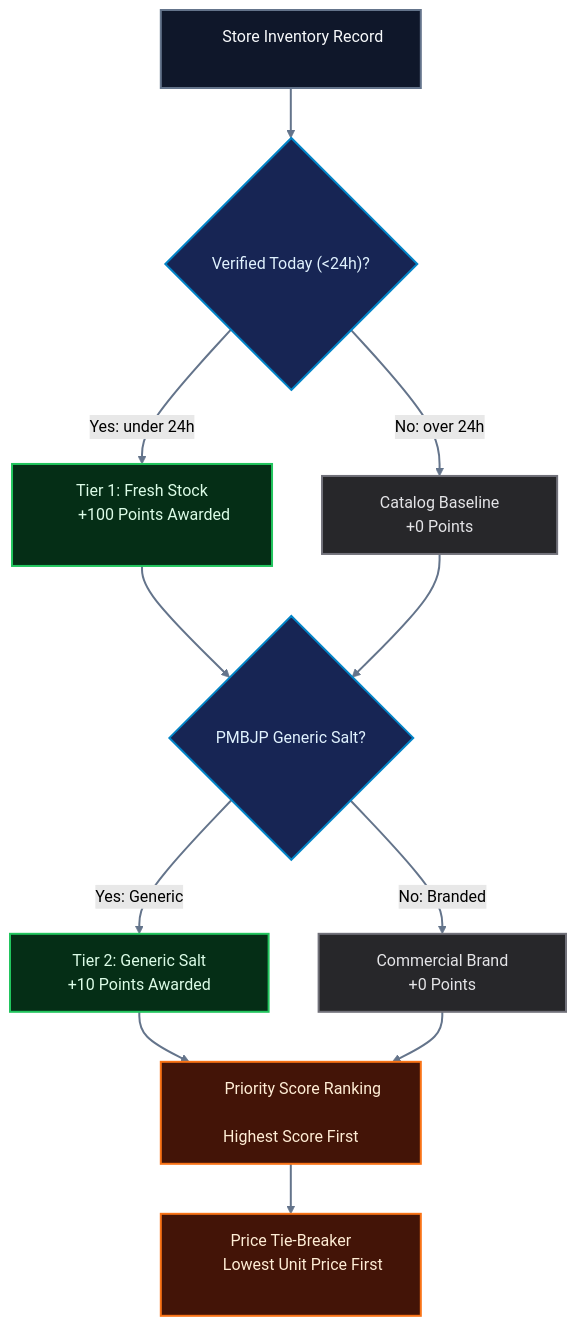
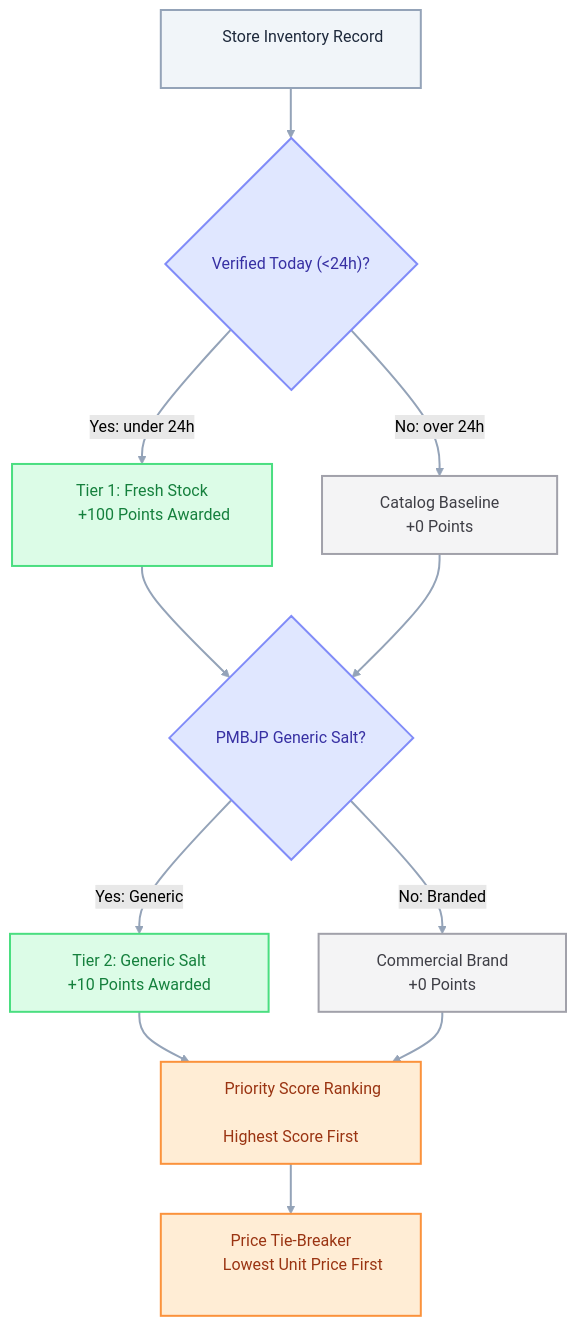
One commit to Parth-Chavan-15/MedSetu-TechSprint changed the fourth of 6 diagrams in README.md. Above: the diagram before and after it, drawn with Mermaid (forest theme). The commit also changed other lines of this file, not shown here.

Commit message:
style: apply soft pastel palettes across all diagrams and wrap large flowcharts in expandable details blocks

````diff
--- a/README.md
+++ b/README.md
@@ -239,29 +246,29 @@
 ```mermaid
 flowchart TD
     START["&nbsp;&nbsp;&nbsp;&nbsp;&nbsp;&nbsp; Store Inventory Record &nbsp;&nbsp;&nbsp;&nbsp;&nbsp;&nbsp;"] --> TIER1{"&nbsp;&nbsp;&nbsp;&nbsp; Verified Today (<24h)? &nbsp;&nbsp;&nbsp;&nbsp;"}
     TIER1 -- Yes: under 24h --> S1["&nbsp;&nbsp;&nbsp;&nbsp;&nbsp;&nbsp; Tier 1: Fresh Stock &nbsp;&nbsp;&nbsp;&nbsp;&nbsp;&nbsp;<br/>&nbsp;&nbsp;&nbsp;&nbsp;&nbsp;&nbsp; +100 Points Awarded &nbsp;&nbsp;&nbsp;&nbsp;&nbsp;&nbsp;"]
     TIER1 -- No: over 24h --> S0["&nbsp;&nbsp;&nbsp;&nbsp;&nbsp;&nbsp; Catalog Baseline &nbsp;&nbsp;&nbsp;&nbsp;&nbsp;&nbsp;<br/>&nbsp;&nbsp;&nbsp;&nbsp;&nbsp;&nbsp; +0 Points &nbsp;&nbsp;&nbsp;&nbsp;&nbsp;&nbsp;"]
 
     S1 --> TIER2{"&nbsp;&nbsp;&nbsp;&nbsp; PMBJP Generic Salt? &nbsp;&nbsp;&nbsp;&nbsp;"}
     S0 --> TIER2
     TIER2 -- Yes: Generic --> G1["&nbsp;&nbsp;&nbsp;&nbsp;&nbsp;&nbsp; Tier 2: Generic Salt &nbsp;&nbsp;&nbsp;&nbsp;&nbsp;&nbsp;<br/>&nbsp;&nbsp;&nbsp;&nbsp;&nbsp;&nbsp; +10 Points Awarded &nbsp;&nbsp;&nbsp;&nbsp;&nbsp;&nbsp;"]
     TIER2 -- No: Branded --> G0["&nbsp;&nbsp;&nbsp;&nbsp;&nbsp;&nbsp; Commercial Brand &nbsp;&nbsp;&nbsp;&nbsp;&nbsp;&nbsp;<br/>&nbsp;&nbsp;&nbsp;&nbsp;&nbsp;&nbsp; +0 Points &nbsp;&nbsp;&nbsp;&nbsp;&nbsp;&nbsp;"]
 
     G1 --> EVAL["&nbsp;&nbsp;&nbsp;&nbsp;&nbsp;&nbsp; Priority Score Ranking &nbsp;&nbsp;&nbsp;&nbsp;&nbsp;&nbsp;<br/>&nbsp;&nbsp;&nbsp;&nbsp;&nbsp;&nbsp; Highest Score First &nbsp;&nbsp;&nbsp;&nbsp;&nbsp;&nbsp;"]
     G0 --> EVAL
     EVAL --> TIE["&nbsp;&nbsp;&nbsp;&nbsp;&nbsp;&nbsp; Price Tie-Breaker &nbsp;&nbsp;&nbsp;&nbsp;&nbsp;&nbsp;<br/>&nbsp;&nbsp;&nbsp;&nbsp;&nbsp;&nbsp; Lowest Unit Price First &nbsp;&nbsp;&nbsp;&nbsp;&nbsp;&nbsp;"]
 
-    classDef startNode fill:#0F172A,stroke:#64748B,color:#F8FAFC,stroke-width:2px;
-    classDef eval fill:#172554,stroke:#0284C7,color:#E0F2FE,stroke-width:2px;
-    classDef bonus fill:#052E16,stroke:#22C55E,color:#DCFCE7,stroke-width:2px;
-    classDef neutral fill:#27272A,stroke:#71717A,color:#E4E4E7,stroke-width:2px;
-    classDef rankNode fill:#431407,stroke:#F97316,color:#FFEDD5,stroke-width:2px;
+    classDef startNode fill:#F1F5F9,stroke:#94A3B8,color:#1E293B,stroke-width:2px;
+    classDef eval fill:#E0E7FF,stroke:#818CF8,color:#3730A3,stroke-width:2px;
+    classDef bonus fill:#DCFCE7,stroke:#4ADE80,color:#15803D,stroke-width:2px;
+    classDef neutral fill:#F4F4F5,stroke:#A1A1AA,color:#3F3F46,stroke-width:2px;
+    classDef rankNode fill:#FFEDD5,stroke:#FB923C,color:#9A3412,stroke-width:2px;
 
     class START startNode;
     class TIER1,TIER2 eval;
     class S1,G1 bonus;
     class S0,G0 neutral;
     class EVAL,TIE rankNode;
 
-    linkStyle default stroke:#64748B,stroke-width:2px;
+    linkStyle default stroke:#94A3B8,stroke-width:2px;
 ```
````
